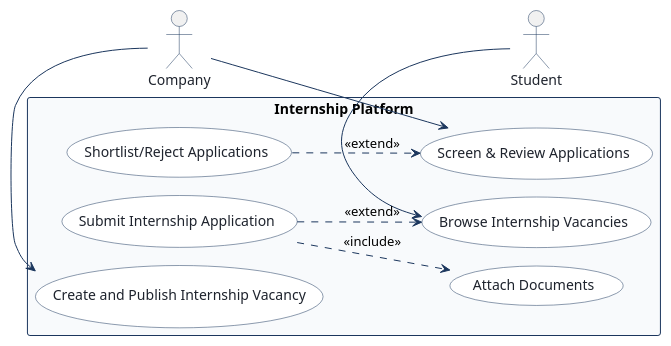
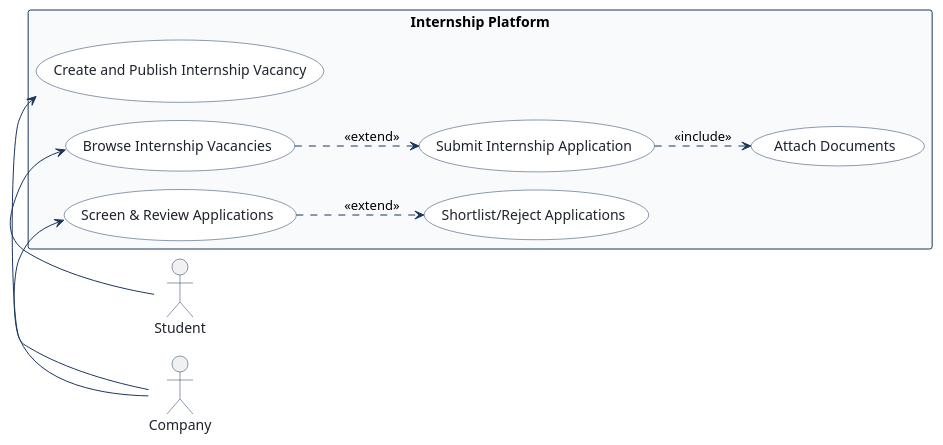
The diagram in docs/diagrams/use-case.puml (Reon0703/comp3613a1), drawn with PlantUML before and after one commit. The commit also changed 5 other files, not shown here.

```diff
--- a/docs/diagrams/use-case.puml
+++ b/docs/diagrams/use-case.puml
@@ -1,37 +1,34 @@
 @startuml
 !pragma layout smetana
 left to right direction
 skinparam shadowing false
 skinparam actorBorderColor #1B365D
 skinparam actorFontColor #1E232D
 skinparam usecaseBackgroundColor #FFFFFF
 skinparam usecaseBorderColor #1B365D
 skinparam usecaseFontColor #1E232D
 skinparam rectangleBorderColor #1B365D
 skinparam rectangleBackgroundColor #F8FAFC
 skinparam arrowColor #1B365D
 
 actor "Company" as Company
 
-rectangle "Internship Platform" as SystemBoundary {
+rectangle "Internship Platform" {
   usecase "Create and Publish Internship Vacancy" as Create_and_Publish_Internship_Vacancy
   usecase "Browse Internship Vacancies" as Browse_Internship_Vacancies
   usecase "Screen & Review Applications" as Screen_Review_Applications
   usecase "Submit Internship Application" as Submit_Internship_Application
   usecase "Attach Documents" as Attach_Documents
   usecase "Shortlist/Reject Applications" as Shortlist_Reject_Applications
 }
 
 actor "Student" as Student
 
-Company -[hidden]right- Create_and_Publish_Internship_Vacancy
-Browse_Internship_Vacancies -[hidden]right- Student
-
 Company -right-> Create_and_Publish_Internship_Vacancy
 Student -left-> Browse_Internship_Vacancies
+Browse_Internship_Vacancies ..> Submit_Internship_Application : <<extend>>
 Company -right-> Screen_Review_Applications
+Screen_Review_Applications ..> Shortlist_Reject_Applications : <<extend>>
 Submit_Internship_Application ..> Attach_Documents : <<include>>
-Submit_Internship_Application ..> Browse_Internship_Vacancies : <<extend>>
-Shortlist_Reject_Applications ..> Screen_Review_Applications : <<extend>>
 
 @enduml
```
